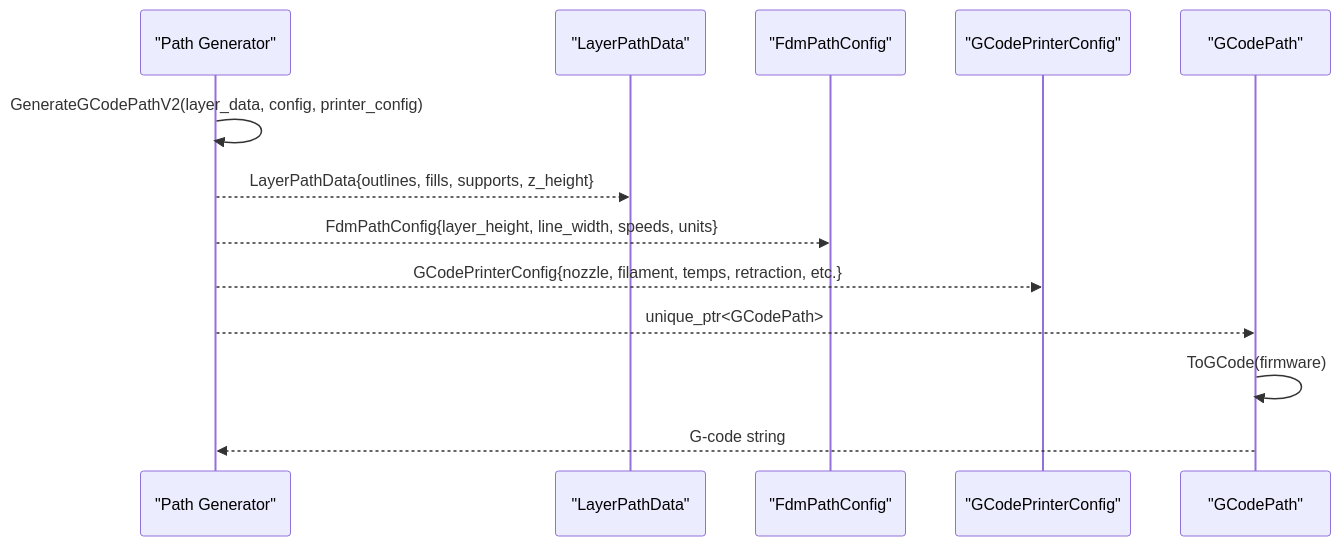
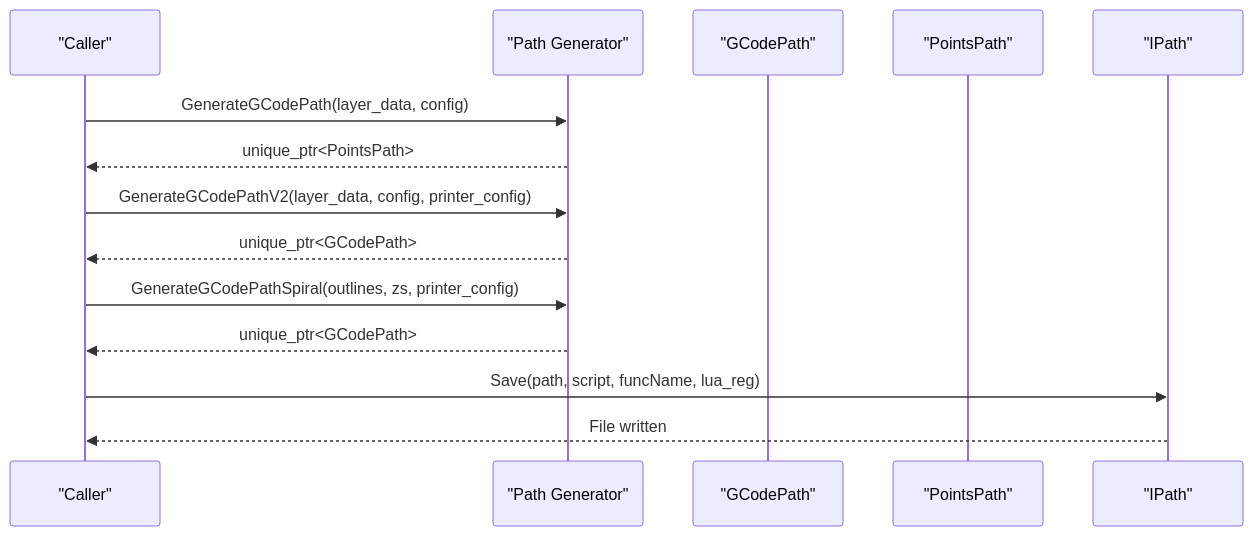
The seventh of 8 diagrams in .qoder/repowiki/en/content/Core Modules/Core Modules.md (hsmbanlance/HsBaSlicer), drawn with Mermaid before and after one commit. The commit also changed other lines of this file and 1095 other files, not shown here.

````diff
--- a/.qoder/repowiki/en/content/Core Modules/Core Modules.md
+++ b/.qoder/repowiki/en/content/Core Modules/Core Modules.md
@@ -514,15 +430,16 @@
 ```mermaid
 sequenceDiagram
+participant Caller as "Caller"
 participant Gen as "Path Generator"
-participant Data as "LayerPathData"
-participant Config as "FdmPathConfig"
-participant Printer as "GCodePrinterConfig"
-participant GPath as "GCodePath"
-Gen->>Gen : GenerateGCodePathV2(layer_data, config, printer_config)
-Gen-->>Data : LayerPathData{outlines, fills, supports, z_height}
-Gen-->>Config : FdmPathConfig{layer_height, line_width, speeds, units}
-Gen-->>Printer : GCodePrinterConfig{nozzle, filament, temps, retraction, etc.}
-Gen-->>GPath : unique_ptr<GCodePath>
-GPath->>GPath : ToGCode(firmware)
-GPath-->>Gen : G-code string
+participant GP as "GCodePath"
+participant PP as "PointsPath"
+participant Out as "IPath"
+Caller->>Gen : GenerateGCodePath(layer_data, config)
+Gen-->>Caller : unique_ptr<PointsPath>
+Caller->>Gen : GenerateGCodePathV2(layer_data, config, printer_config)
+Gen-->>Caller : unique_ptr<GCodePath>
+Caller->>Gen : GenerateGCodePathSpiral(outlines, zs, printer_config)
+Gen-->>Caller : unique_ptr<GCodePath>
+Caller->>Out : Save(path, script, funcName, lua_reg)
+Out-->>Caller : File written
 ```
````
